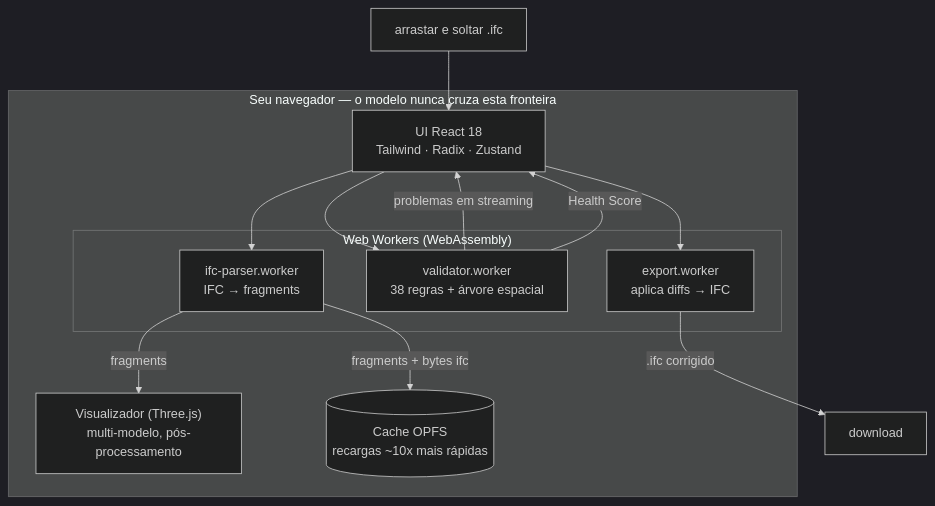
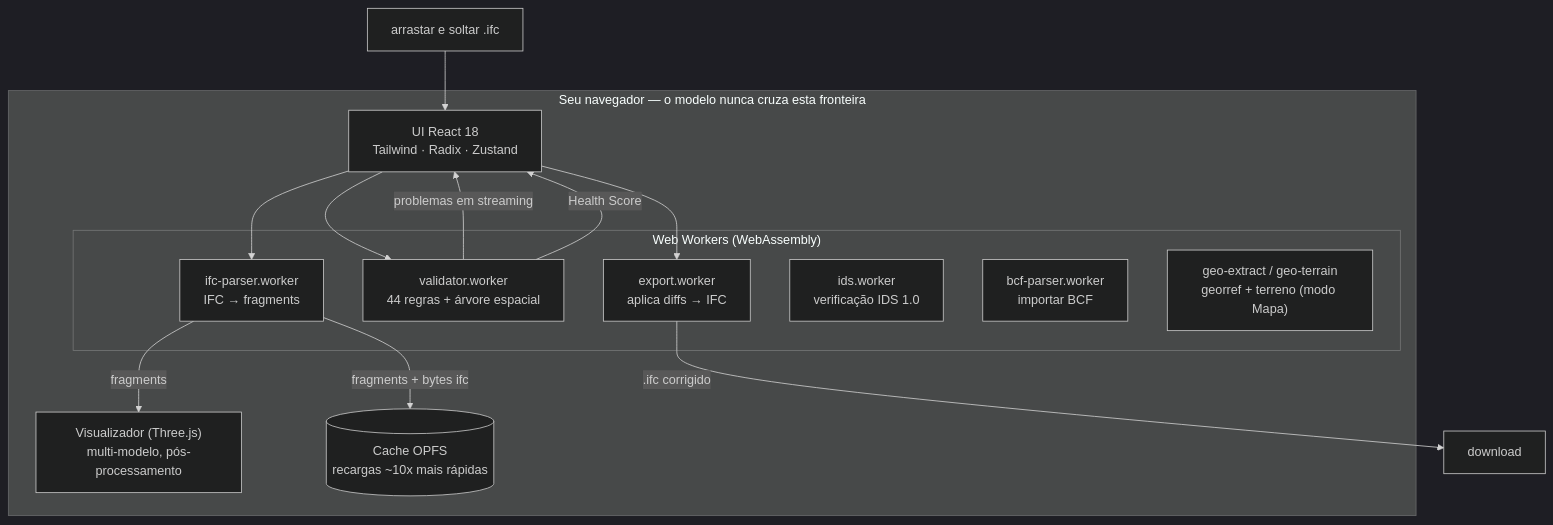
Before and after one commit to j03rul4nd/ifc-viewer-online: the second of 2 diagrams in README.pt.md, drawn with Mermaid (dark theme). The commit also changed other lines of this file and 24 other files, not shown here.

````diff
--- a/README.pt.md
+++ b/README.pt.md
@@ -147,24 +149,27 @@
 ```mermaid
 flowchart TD
     subgraph BROWSER["Seu navegador — o modelo nunca cruza esta fronteira"]
         UI["UI React 18<br/>Tailwind · Radix · Zustand"]
         VIEWER["Visualizador (Three.js)<br/>multi-modelo, pós-processamento"]
         CACHE[("Cache OPFS<br/>recargas ~10x mais rápidas")]
 
         subgraph WORKERS["Web Workers (WebAssembly)"]
             PARSE["ifc-parser.worker<br/>IFC → fragments"]
-            VALID["validator.worker<br/>38 regras + árvore espacial"]
+            VALID["validator.worker<br/>44 regras + árvore espacial"]
             EXPORT["export.worker<br/>aplica diffs → IFC"]
+            IDS["ids.worker<br/>verificação IDS 1.0"]
+            BCF["bcf-parser.worker<br/>importar BCF"]
+            GEO["geo-extract / geo-terrain<br/>georref + terreno (modo Mapa)"]
         end
     end
 
     FILE["arrastar e soltar .ifc"] --> UI
     UI --> PARSE
     PARSE -->|fragments| VIEWER
     PARSE -->|fragments + bytes ifc| CACHE
     UI --> VALID
     VALID -->|problemas em streaming| UI
     VALID -->|Health Score| UI
     UI --> EXPORT
     EXPORT -->|.ifc corrigido| DL["download"]
 ```
````
